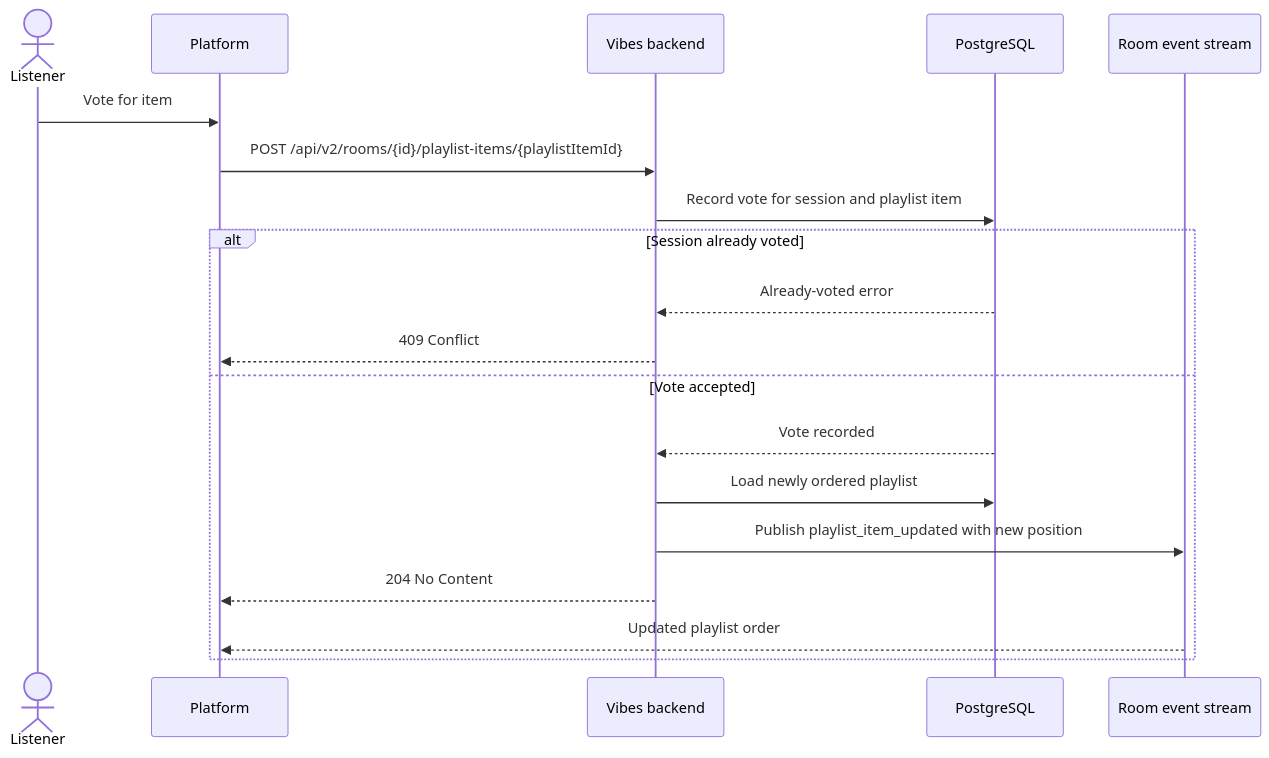
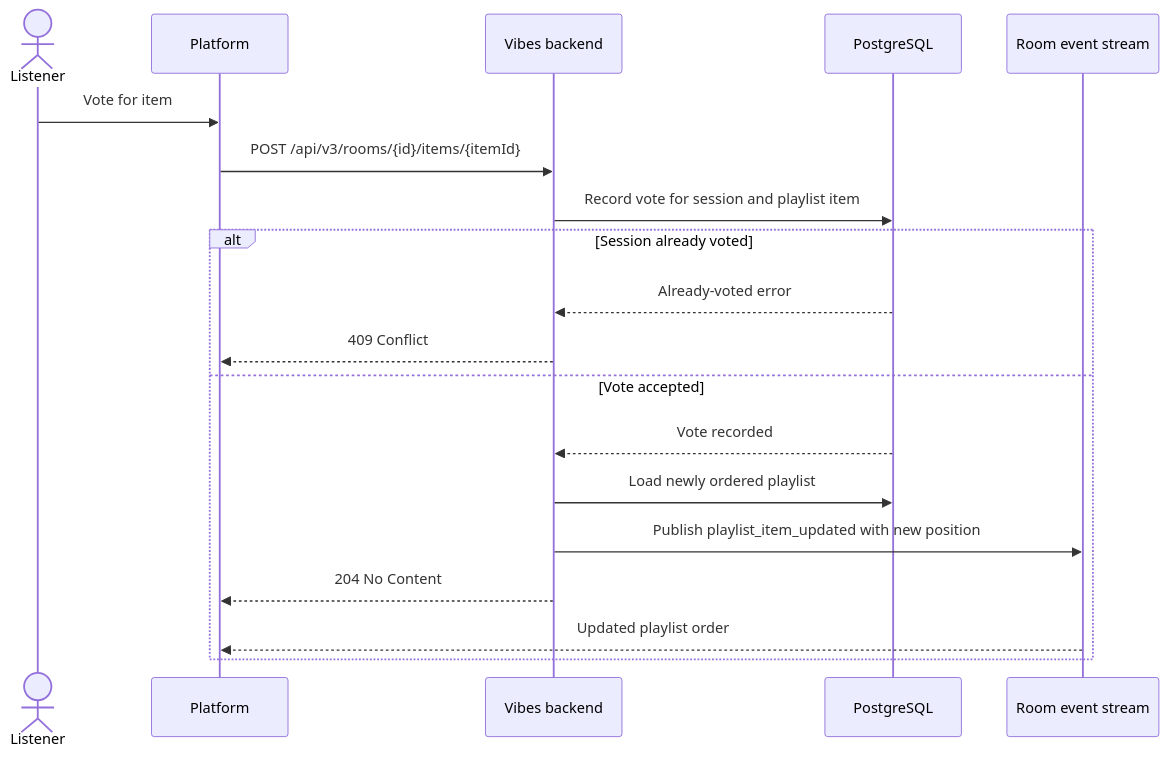
One commit to zoff-music/vibes-backend changed the third of 3 diagrams in docs/flows/songs.md. Above: the diagram before and after it, drawn with Mermaid. The commit also changed other lines of this file and 4 other files, not shown here.

Commit message:
refactor: remove deprecated playlist item endpoints

````diff
--- a/docs/flows/songs.md
+++ b/docs/flows/songs.md
@@ -77,23 +77,23 @@
 ```mermaid
 sequenceDiagram
     actor Listener
     participant Platform
     participant API as Vibes backend
     participant DB as PostgreSQL
     participant Events as Room event stream
 
     Listener->>Platform: Vote for item
-    Platform->>API: POST /api/v2/rooms/{id}/playlist-items/{playlistItemId}
+    Platform->>API: POST /api/v3/rooms/{id}/items/{itemId}
     API->>DB: Record vote for session and playlist item
 
     alt Session already voted
         DB-->>API: Already-voted error
         API-->>Platform: 409 Conflict
     else Vote accepted
         DB-->>API: Vote recorded
         API->>DB: Load newly ordered playlist
         API->>Events: Publish playlist_item_updated with new position
         API-->>Platform: 204 No Content
         Events-->>Platform: Updated playlist order
     end
 ```
````
